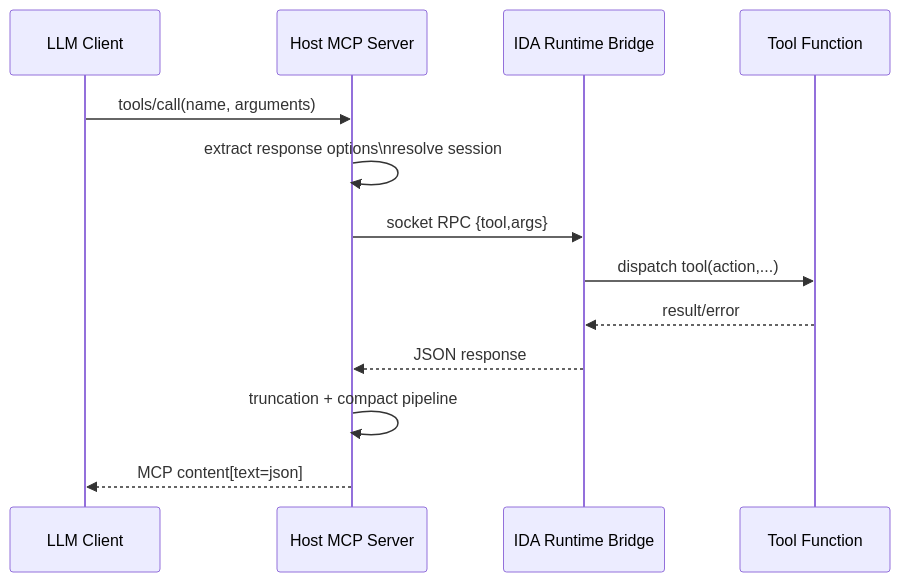
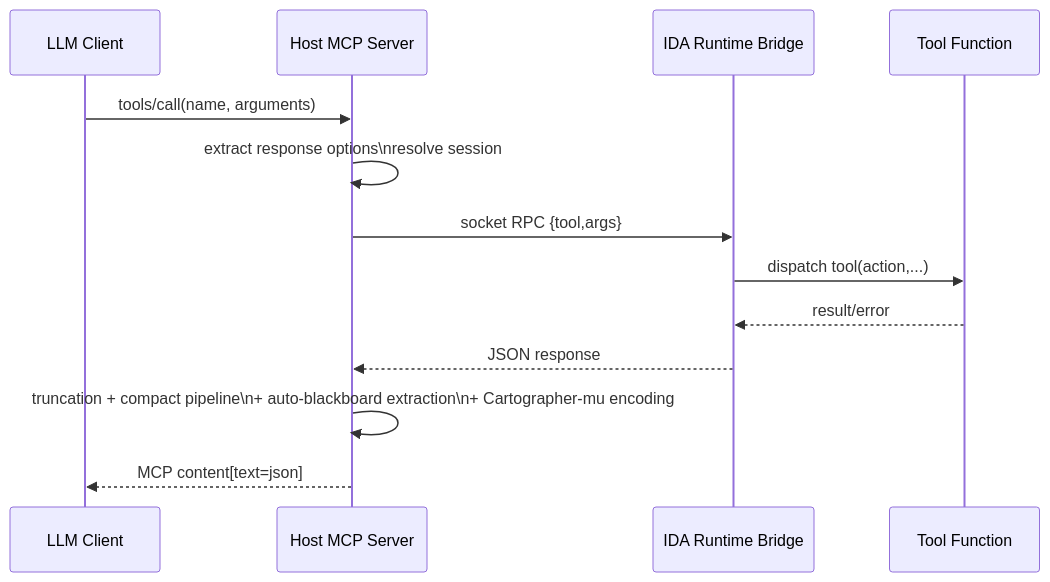
The second of 3 diagrams in README.md (GrecAndrei/ida-pro-mcp), drawn with Mermaid before and after one commit. The commit also changed other lines of this file and 2 other files, not shown here.

````diff
--- a/README.md
+++ b/README.md
@@ -265,16 +429,16 @@
 ```mermaid
 sequenceDiagram
     participant L as LLM Client
     participant H as Host MCP Server
     participant I as IDA Runtime Bridge
     participant T as Tool Function
 
     L->>H: tools/call(name, arguments)
     H->>H: extract response options\nresolve session
     H->>I: socket RPC {tool,args}
     I->>T: dispatch tool(action,...)
     T-->>I: result/error
     I-->>H: JSON response
-    H->>H: truncation + compact pipeline
+    H->>H: truncation + compact pipeline\n+ auto-blackboard extraction\n+ Cartographer-mu encoding
     H-->>L: MCP content[text=json]
 ```
````
